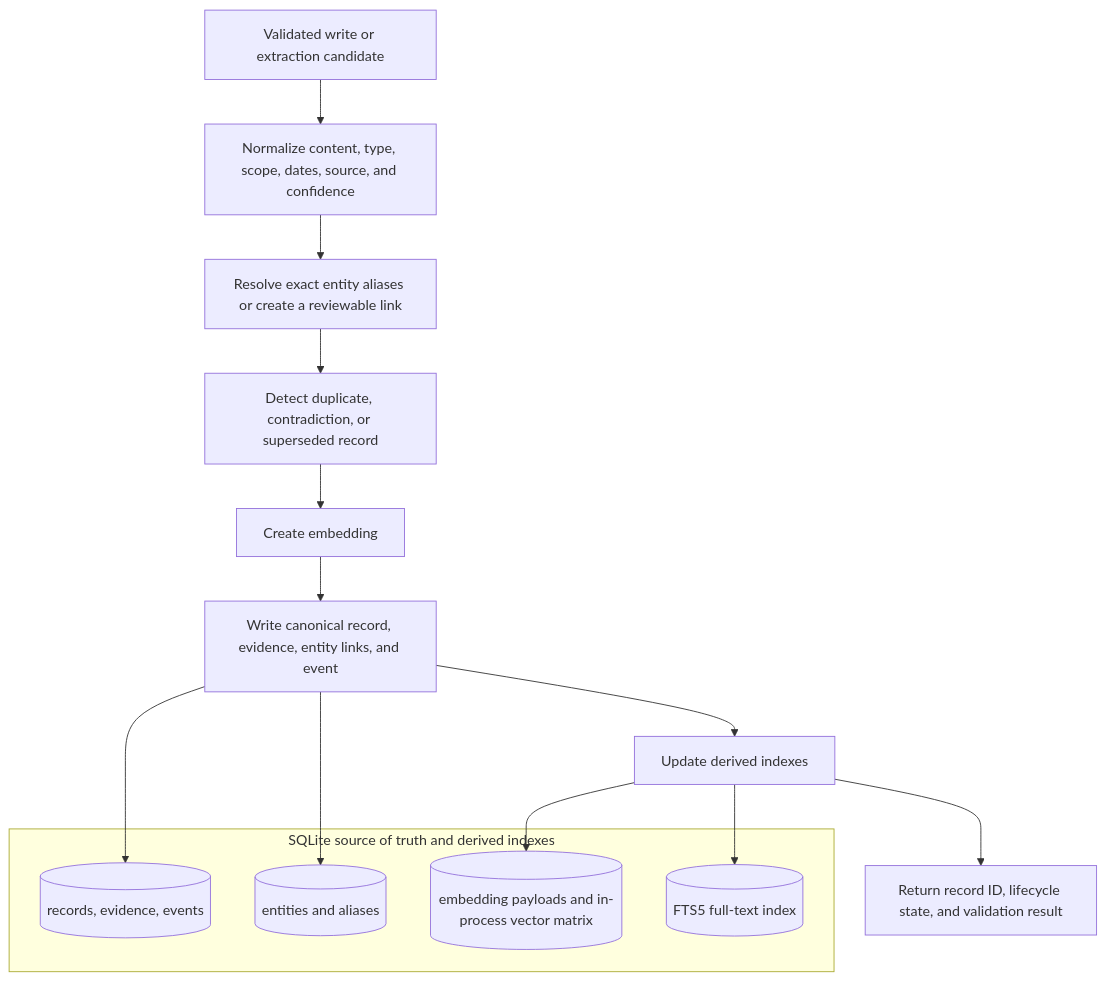
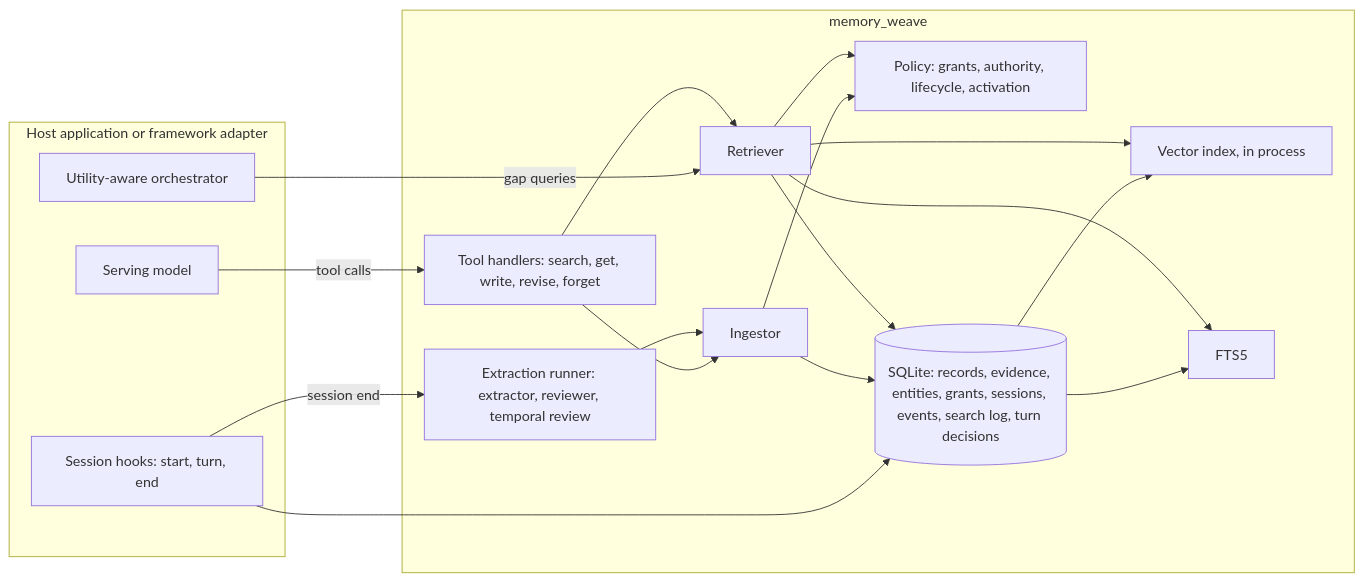
One commit to adimyth/memory-weave changed the diagram in README.md. Above: the diagram before and after it, drawn with Mermaid. The commit also changed other lines of this file and 12 other files, not shown here.

````diff
--- a/README.md
+++ b/README.md
@@ -60,22 +21,35 @@
 ```mermaid
-flowchart TD
-    Intake[Validated write or extraction candidate] --> Normalize[Normalize content, type, scope, dates, source, and confidence]
-    Normalize --> Entities[Resolve exact entity aliases or create a reviewable link]
-    Entities --> Conflict[Detect duplicate, contradiction, or superseded record]
-    Conflict --> Embed[Create embedding]
-    Embed --> Persist[Write canonical record, evidence, entity links, and event]
-    Persist --> Index[Update derived indexes]
-
-    subgraph Store[SQLite source of truth and derived indexes]
-        Records[(records, evidence, events)]
-        EntityStore[(entities and aliases)]
-        Vectors[(embedding payloads and in-process vector matrix)]
-        FTS[(FTS5 full-text index)]
+flowchart LR
+    subgraph Host["Host application or framework adapter"]
+        Agent[Serving model]
+        Hooks[Session hooks: start, turn, end]
+        UA[Utility-aware orchestrator]
     end
 
-    Persist --> Records
-    Persist --> EntityStore
-    Index --> Vectors
-    Index --> FTS
-    Index --> Result[Return record ID, lifecycle state, and validation result]
+    subgraph Core["memory_weave"]
+        Tools[Tool handlers: search, get, write, revise, forget]
+        Policy[Policy: grants, authority, lifecycle, activation]
+        Ingestor[Ingestor]
+        Retriever[Retriever]
+        Extraction[Extraction runner: extractor, reviewer, temporal review]
+        Store[(SQLite: records, evidence, entities, grants, sessions, events, search log, turn decisions)]
+        Vec[Vector index, in process]
+        FTS[FTS5]
+    end
+
+    Agent -- tool calls --> Tools
+    Hooks --> Store
+    Hooks -- session end --> Extraction
+    UA -- gap queries --> Retriever
+    Tools --> Ingestor
+    Tools --> Retriever
+    Ingestor --> Policy
+    Retriever --> Policy
+    Ingestor --> Store
+    Extraction --> Ingestor
+    Store --> Vec
+    Store --> FTS
+    Retriever --> Vec
+    Retriever --> FTS
+    Retriever --> Store
 ```
````
